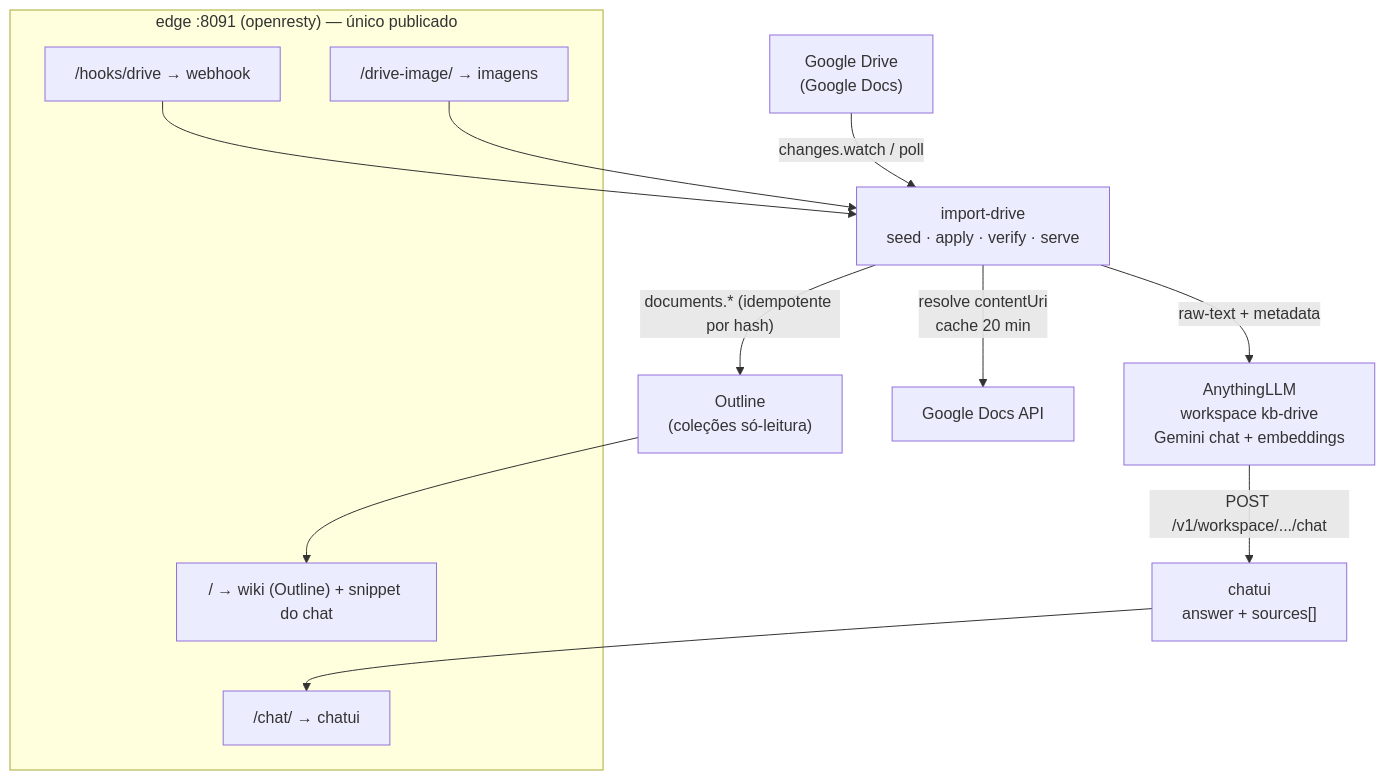
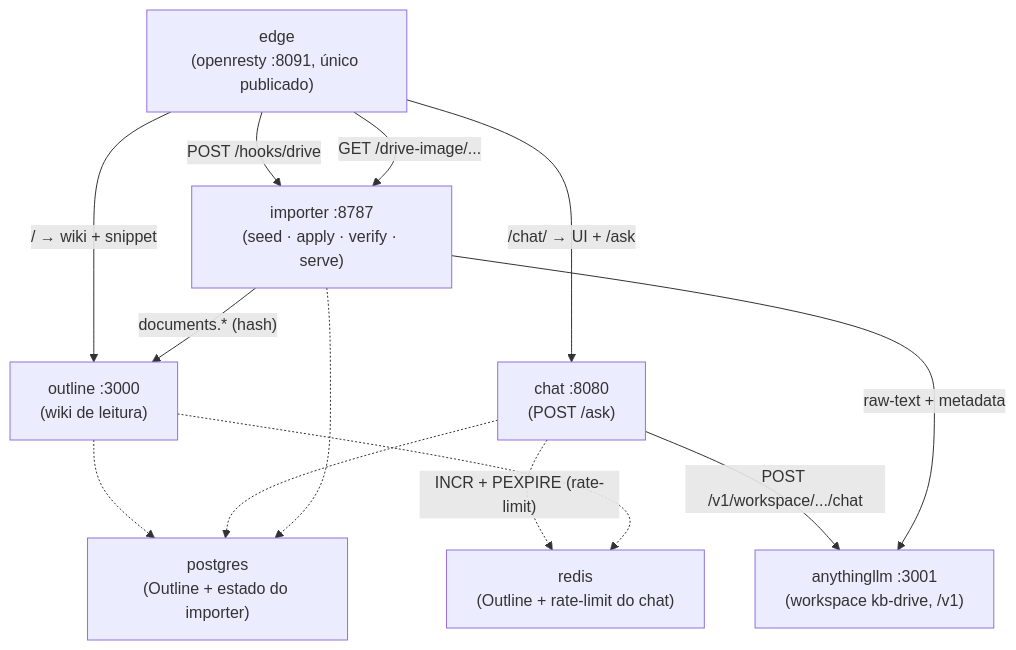
The second of 4 diagrams in docs/architecture.md (eajdias/Outline-GDrive-Wiki), drawn with Mermaid before and after one commit. The commit also changed other lines of this file and 10 other files, not shown here.

````diff
--- a/docs/architecture.md
+++ b/docs/architecture.md
@@ -7,20 +32,21 @@
 ```mermaid
 flowchart TB
-    Drive["Google Drive<br/>(Google Docs)"] -->|"changes.watch / poll"| IMP["import-drive<br/>seed · apply · verify · serve"]
-    IMP -->|"documents.* (idempotente por hash)"| Outline["Outline<br/>(coleções só-leitura)"]
-    IMP -->|"raw-text + metadata"| RAG["AnythingLLM<br/>workspace kb-drive<br/>Gemini chat + embeddings"]
-    IMP -->|"resolve contentUri<br/>cache 20 min"| DocsAPI["Google Docs API"]
+    Edge["edge<br/>(openresty :8091, único publicado)"]
+    Outline["outline :3000<br/>(wiki de leitura)"]
+    Chat["chat :8080<br/>(POST /ask)"]
+    Importer["importer :8787<br/>(seed · apply · verify · serve)"]
+    RAG["anythingllm :3001<br/>(workspace kb-drive, /v1)"]
+    PG["postgres<br/>(Outline + estado do importer)"]
+    Redis["redis<br/>(Outline + rate-limit do chat)"]
 
-    subgraph Edge["edge :8091 (openresty) — único publicado"]
-        W["/ → wiki (Outline) + snippet do chat"]
-        C["/chat/ → chatui"]
-        H["/hooks/drive → webhook"]
-        I["/drive-image/ → imagens"]
-    end
-
-    Outline --> W
-    RAG -->|"POST /v1/workspace/.../chat"| ChatUI["chatui<br/>answer + sources[]"]
-    ChatUI --> C
-    H --> IMP
-    I --> IMP
+    Edge -->|"/ → wiki + snippet"| Outline
+    Edge -->|"/chat/ → UI + /ask"| Chat
+    Edge -->|"POST /hooks/drive"| Importer
+    Edge -->|"GET /drive-image/..."| Importer
+    Chat -->|"POST /v1/workspace/.../chat"| RAG
+    Importer -->|"documents.* (hash)"| Outline
+    Importer -->|"raw-text + metadata"| RAG
+    Chat -.->|"INCR + PEXPIRE (rate-limit)"| Redis
+    Outline & Chat & Importer -.-> PG
+    Outline -.-> Redis
 ```
````
